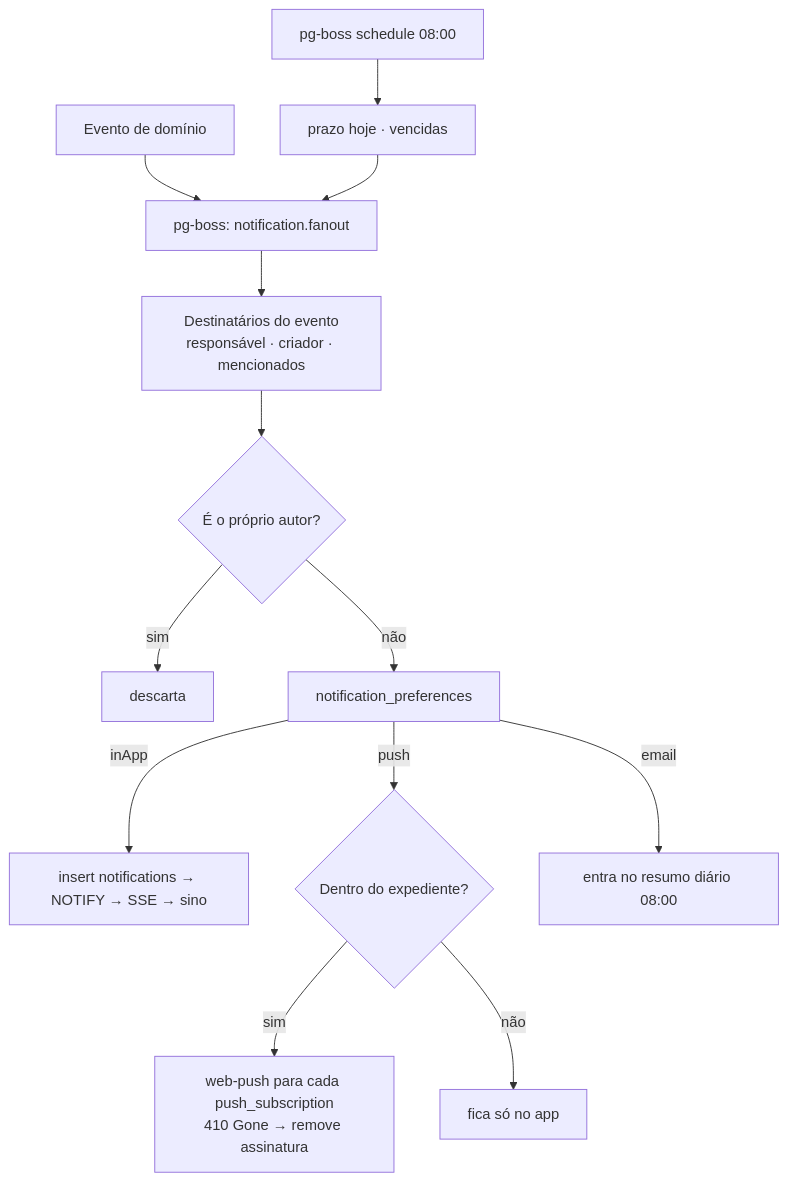
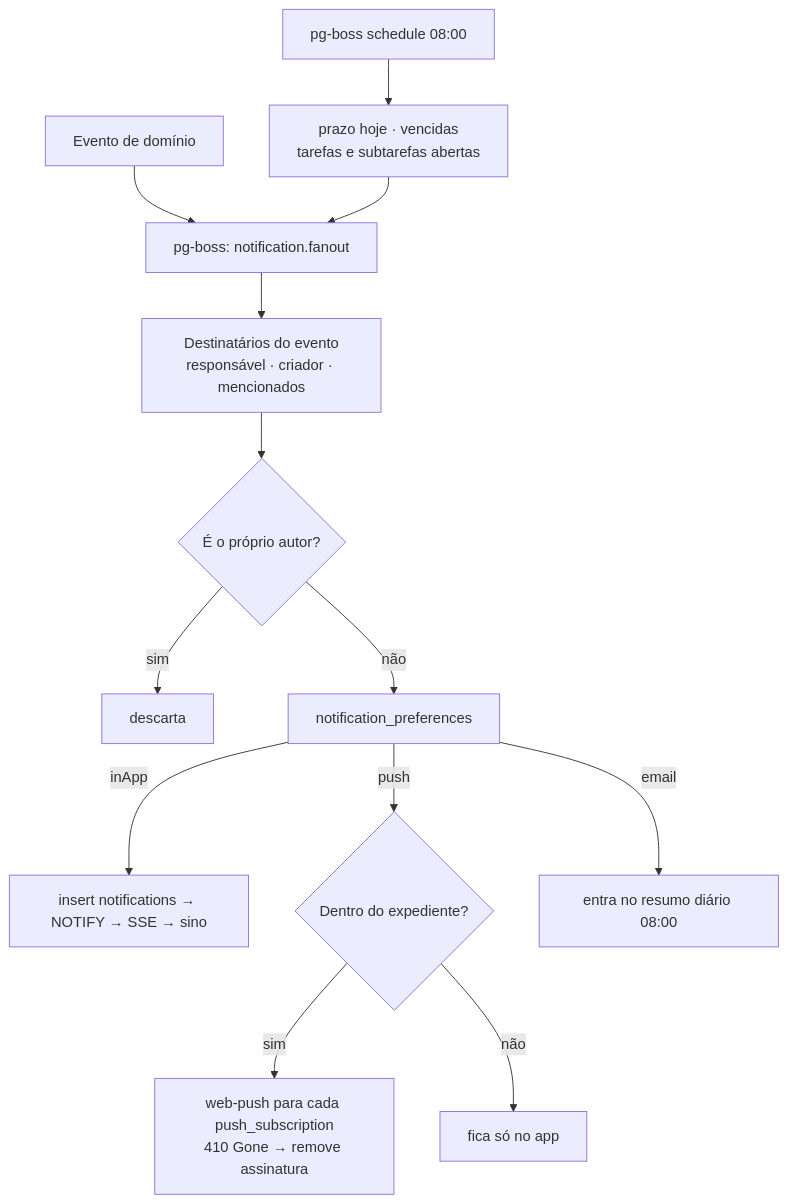
Before and after one commit to ITC-Brasil/itc-tasks: the sixth of 9 diagrams in docs/FLOWS.md, drawn with Mermaid. The commit also changed 5 other files, not shown here.

````diff
--- a/docs/FLOWS.md
+++ b/docs/FLOWS.md
@@ -137,14 +137,14 @@
 ```mermaid
 flowchart TD
   EV[Evento de domínio] --> FO[pg-boss: notification.fanout]
   FO --> WHO[Destinatários do evento<br/>responsável · criador · mencionados]
   WHO --> SELF{É o próprio autor?}
   SELF -->|sim| X[descarta]
   SELF -->|não| PREF[notification_preferences]
   PREF -->|inApp| N[insert notifications → NOTIFY → SSE → sino]
   PREF -->|push| QH{Dentro do expediente?}
   QH -->|sim| P[web-push para cada push_subscription<br/>410 Gone → remove assinatura]
   QH -->|não| H[fica só no app]
   PREF -->|email| D[entra no resumo diário 08:00]
-  CRON[pg-boss schedule 08:00] --> DUE[prazo hoje · vencidas] --> FO
+  CRON[pg-boss schedule 08:00] --> DUE[prazo hoje · vencidas<br/>tarefas e subtarefas abertas] --> FO
 ```
````
